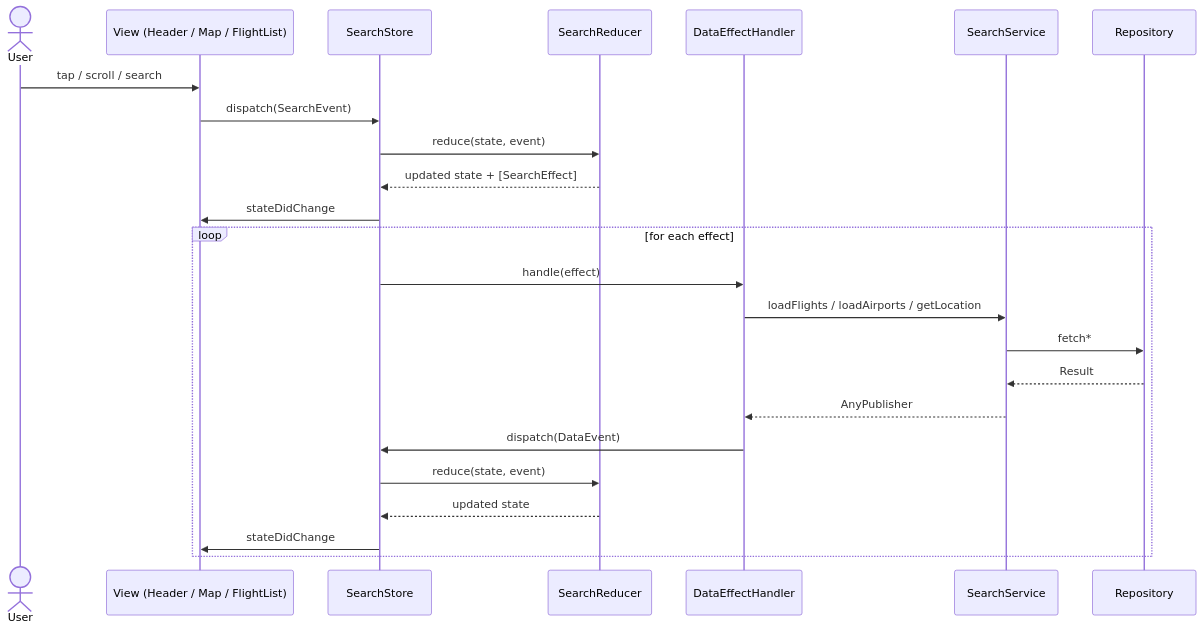
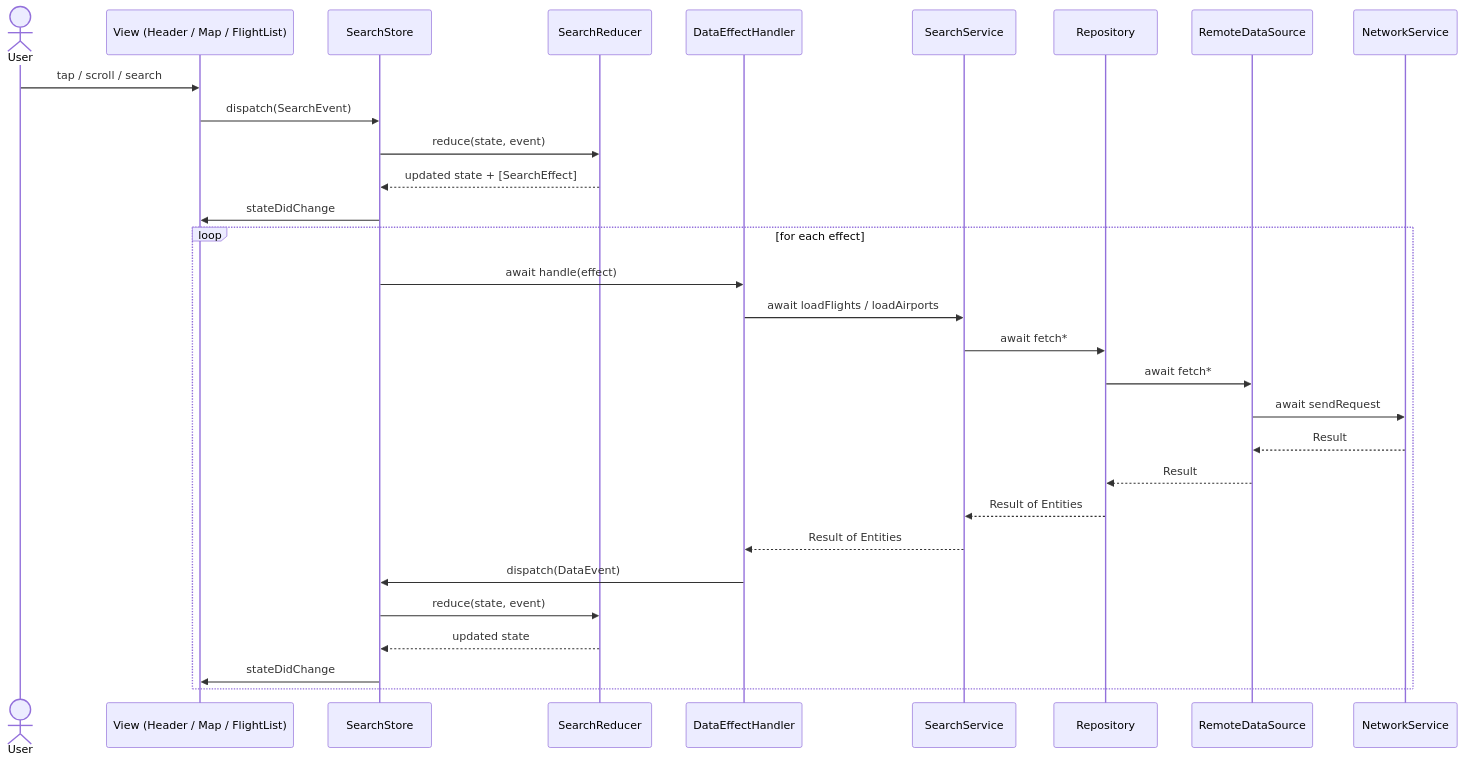
One commit to IvanPuzanov/FlightApp changed the second of 2 diagrams in README.md. Above: the diagram before and after it, drawn with Mermaid. The commit also changed other lines of this file and 10 other files, not shown here.

````diff
--- a/README.md
+++ b/README.md
@@ -141,28 +143,34 @@
 ```mermaid
 sequenceDiagram
     actor User
     participant View as View (Header / Map / FlightList)
     participant Store as SearchStore
     participant Reducer as SearchReducer
     participant Handler as DataEffectHandler
     participant Service as SearchService
     participant Repo as Repository
+    participant Remote as RemoteDataSource
+    participant Network as NetworkService
 
     User->>View: tap / scroll / search
     View->>Store: dispatch(SearchEvent)
     Store->>Reducer: reduce(state, event)
     Reducer-->>Store: updated state + [SearchEffect]
     Store->>View: stateDidChange
 
     loop for each effect
-        Store->>Handler: handle(effect)
-        Handler->>Service: loadFlights / loadAirports / getLocation
-        Service->>Repo: fetch*
-        Repo-->>Service: Result
-        Service-->>Handler: AnyPublisher
+        Store->>Handler: await handle(effect)
+        Handler->>Service: await loadFlights / loadAirports
+        Service->>Repo: await fetch*
+        Repo->>Remote: await fetch*
+        Remote->>Network: await sendRequest
+        Network-->>Remote: Result
+        Remote-->>Repo: Result
+        Repo-->>Service: Result of Entities
+        Service-->>Handler: Result of Entities
         Handler->>Store: dispatch(DataEvent)
         Store->>Reducer: reduce(state, event)
         Reducer-->>Store: updated state
         Store->>View: stateDidChange
     end
 ```
````
